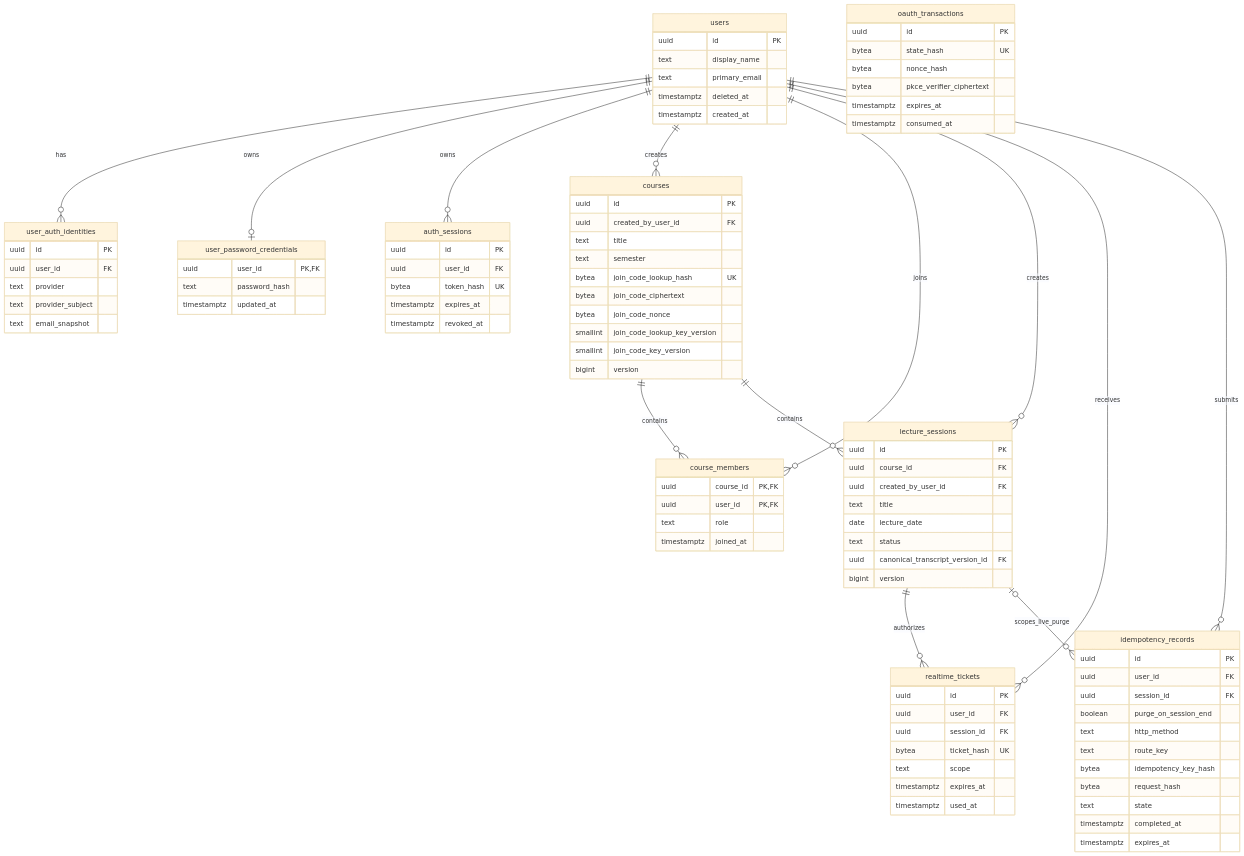
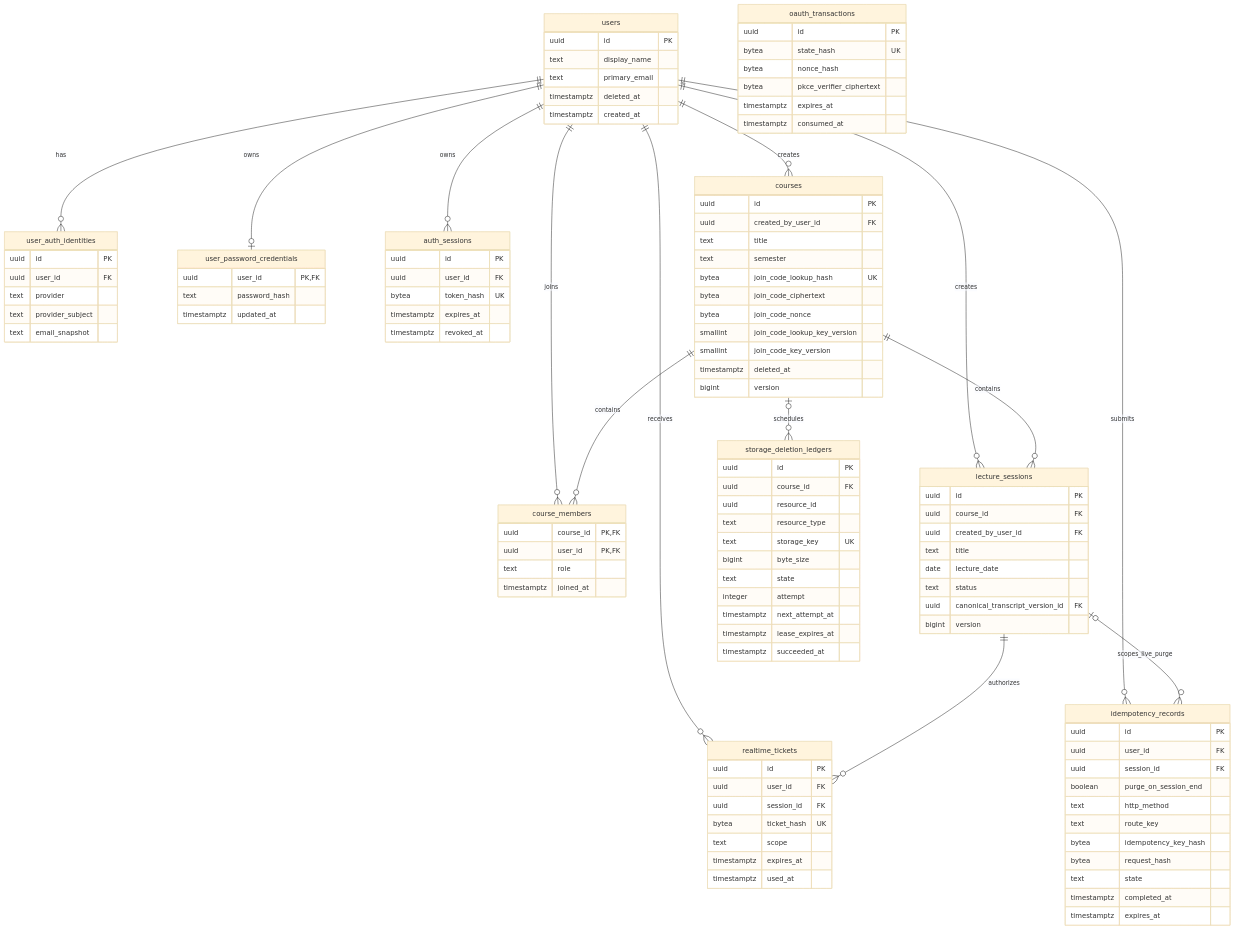
One commit to madcamp-official/26s-w2-c2-08 changed the first of 5 diagrams in docs/database/ERD.md. Above: the diagram before and after it, drawn with Mermaid (base theme). The commit also changed other lines of this file and 7 other files, not shown here.

````diff
--- a/docs/database/ERD.md
+++ b/docs/database/ERD.md
@@ -74,6 +74,7 @@
         bytea join_code_nonce
         smallint join_code_lookup_key_version
         smallint join_code_key_version
+        timestamptz deleted_at
         bigint version
     }
 
@@ -119,6 +120,20 @@
         timestamptz expires_at
     }
 
+    storageDeletionLedgers["storage_deletion_ledgers"] {
+        uuid id PK
+        uuid course_id FK
+        uuid resource_id
+        text resource_type
+        text storage_key UK
+        bigint byte_size
+        text state
+        integer attempt
+        timestamptz next_attempt_at
+        timestamptz lease_expires_at
+        timestamptz succeeded_at
+    }
+
     users ||--o{ userAuthIdentities : has
     users ||--o| userPasswordCredentials : owns
     users ||--o{ authSessions : owns
@@ -131,4 +146,5 @@
     lectureSessions ||--o{ realtimeTickets : authorizes
     users ||--o{ idempotencyRecords : submits
     lectureSessions o|--o{ idempotencyRecords : scopes_live_purge
+    courses o|--o{ storageDeletionLedgers : schedules
 ```
````
